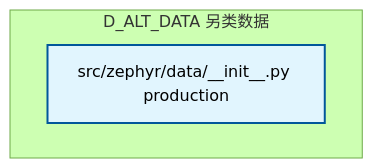
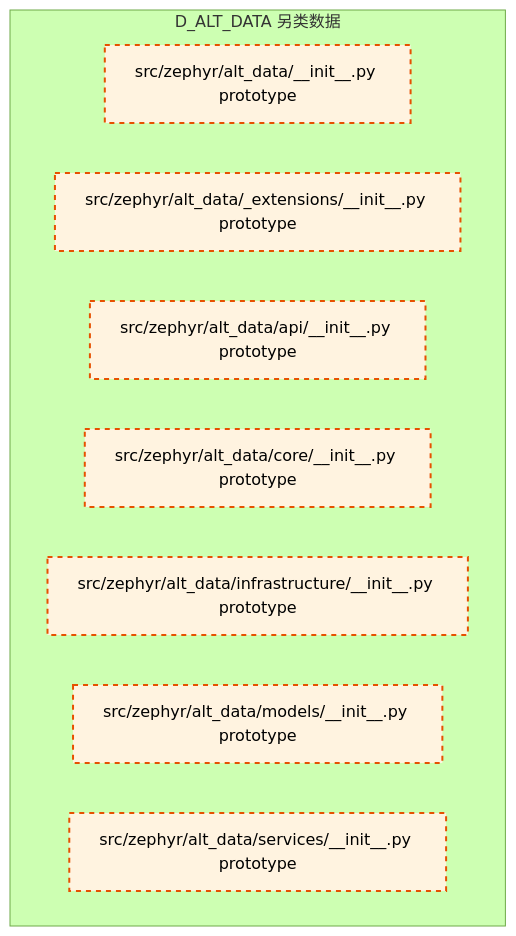
One commit to xuanFelixVan/ZephyrAlpha changed the diagram in docs/02_enterprise_architecture/02_domain_architecture_docs/06_d_alt_data.md. Above: the diagram before and after it, drawn with Mermaid (forest theme). The commit also changed other lines of this file and 105 other files, not shown here.

````diff
--- a/docs/02_enterprise_architecture/02_domain_architecture_docs/06_d_alt_data.md
+++ b/docs/02_enterprise_architecture/02_domain_architecture_docs/06_d_alt_data.md
@@ -47,11 +47,17 @@
 ```mermaid
 graph TD
     subgraph D_ALT_DATA["D_ALT_DATA 另类数据"]
-        src_zephyr_data_init_py["src/zephyr/data/__init__.py production"]
+        src_zephyr_alt_data_init_py["src/zephyr/alt_data/__init__.py prototype"]
+        src_zephyr_alt_data_extensions_init_py["src/zephyr/alt_data/_extensions/__init__.py prototype"]
+        src_zephyr_alt_data_api_init_py["src/zephyr/alt_data/api/__init__.py prototype"]
+        src_zephyr_alt_data_core_init_py["src/zephyr/alt_data/core/__init__.py prototype"]
+        src_zephyr_alt_data_infrastructure_init_py["src/zephyr/alt_data/infrastructure/__init__.py prototype"]
+        src_zephyr_alt_data_models_init_py["src/zephyr/alt_data/models/__init__.py prototype"]
+        src_zephyr_alt_data_services_init_py["src/zephyr/alt_data/services/__init__.py prototype"]
     end
     classDef production fill:#e1f5fe,stroke:#01579b,stroke-width:2px,color:#000
     classDef design fill:#fff3e0,stroke:#e65100,stroke-width:2px,color:#000,stroke-dasharray: 5 5
     classDef external_prod fill:#e8f5e9,stroke:#1b5e20,stroke-width:1px,color:#000
     classDef external_design fill:#fce4ec,stroke:#880e4f,stroke-width:1px,color:#000,stroke-dasharray: 5 5
-    class src_zephyr_data_init_py production
+    class src_zephyr_alt_data_init_py,src_zephyr_alt_data_extensions_init_py,src_zephyr_alt_data_api_init_py,src_zephyr_alt_data_core_init_py,src_zephyr_alt_data_infrastructure_init_py,src_zephyr_alt_data_models_init_py,src_zephyr_alt_data_services_init_py design
 ```
````
